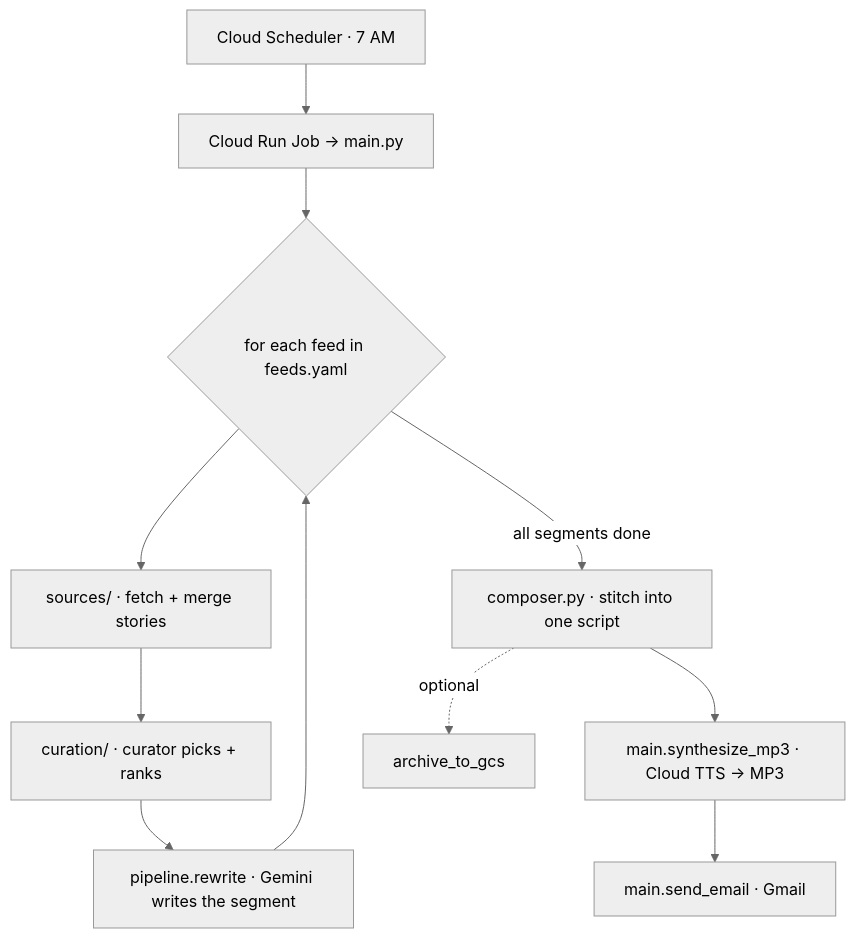
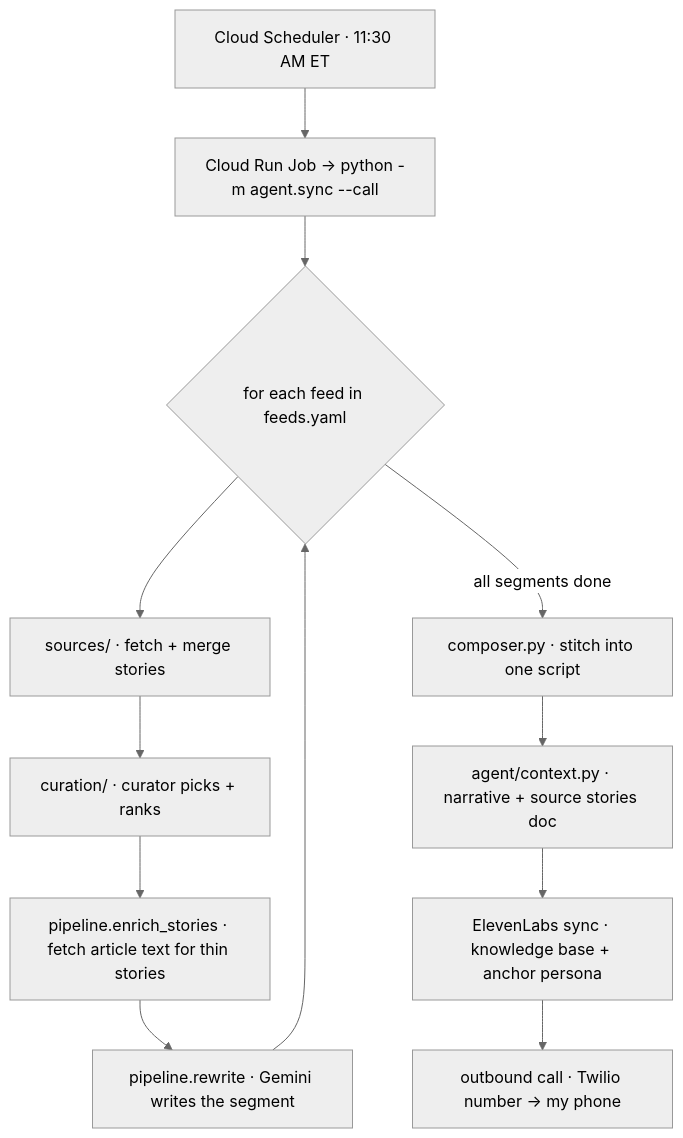
One commit to vinaykumar2126/Daily-AI-News changed the first of 5 diagrams in ARCHITECTURE.md. Above: the diagram before and after it, drawn with Mermaid (neutral theme). The commit also changed other lines of this file, not shown here.

Commit message:
Update ARCHITECTURE.md: phone agent is the production path, sources, composer, trace tree

````diff
--- a/ARCHITECTURE.md
+++ b/ARCHITECTURE.md
@@ -10,13 +10,14 @@
 ```mermaid
 flowchart TD
-    Sched[Cloud Scheduler · 7 AM] --> Run[Cloud Run Job → main.py]
+    Sched[Cloud Scheduler · 11:30 AM ET] --> Run[Cloud Run Job → python -m agent.sync --call]
     Run --> Loop{for each feed in feeds.yaml}
     Loop --> Fetch[sources/ · fetch + merge stories]
     Fetch --> Cur[curation/ · curator picks + ranks]
-    Cur --> Rewrite[pipeline.rewrite · Gemini writes the segment]
+    Cur --> Enr[pipeline.enrich_stories · fetch article text for thin stories]
+    Enr --> Rewrite[pipeline.rewrite · Gemini writes the segment]
     Rewrite --> Loop
     Loop -->|all segments done| Comp[composer.py · stitch into one script]
-    Comp --> TTS[main.synthesize_mp3 · Cloud TTS → MP3]
-    TTS --> Mail[main.send_email · Gmail]
-    Comp -.optional.-> Arc[archive_to_gcs]
+    Comp --> Doc[agent/context.py · narrative + source stories doc]
+    Doc --> Sync[ElevenLabs sync · knowledge base + anchor persona]
+    Sync --> Call[outbound call · Twilio number → my phone]
 ```
````
